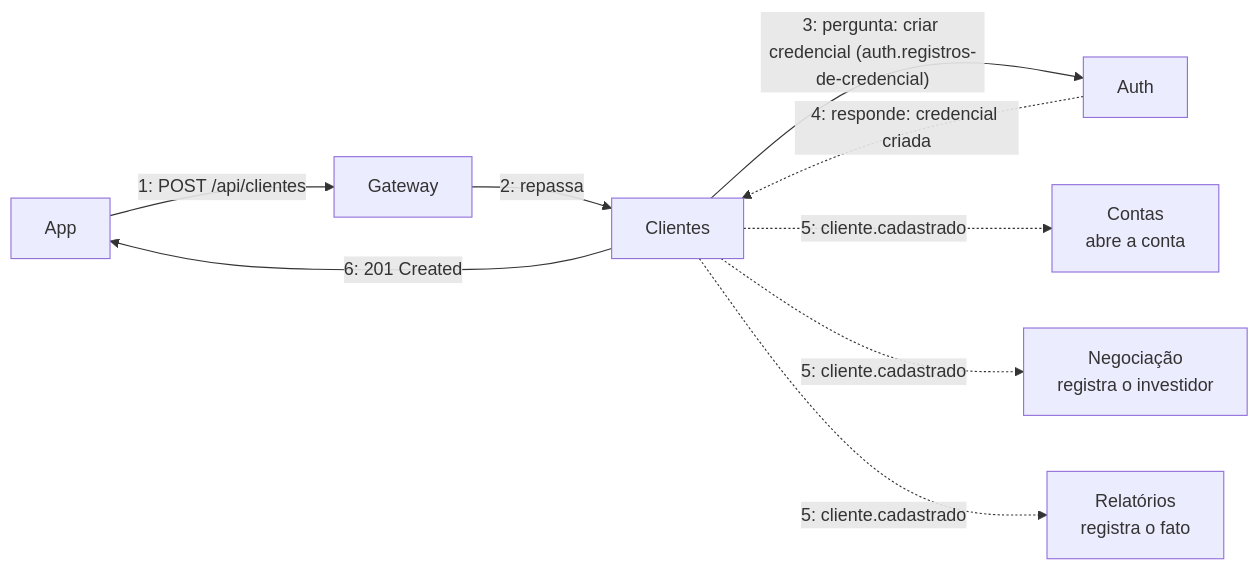
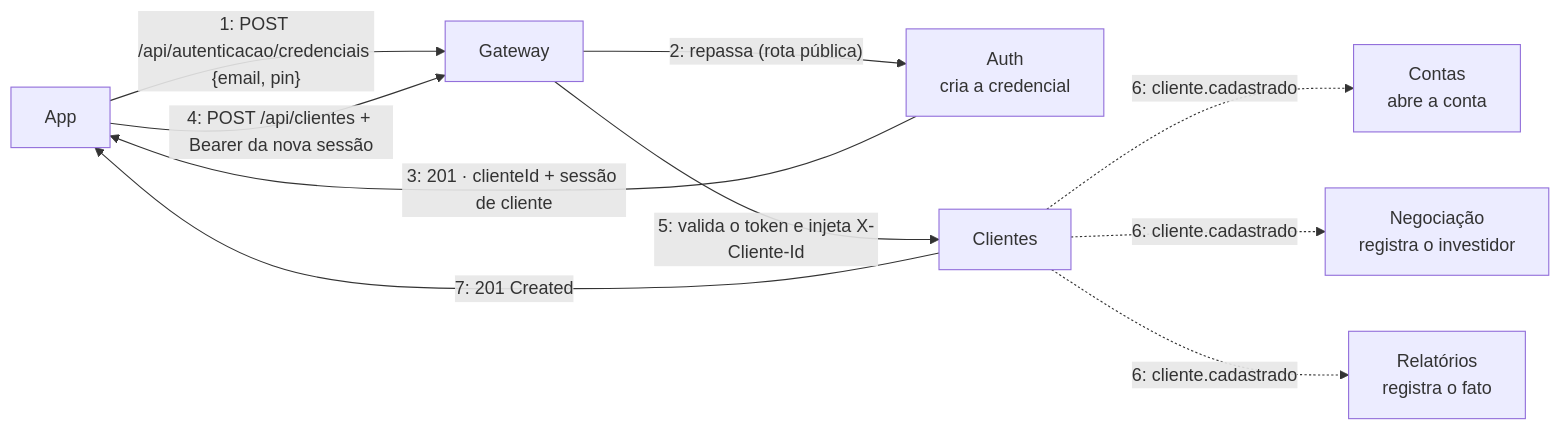
The fourth of 8 diagrams in docs/comunicacao.md (Endrigogustavo/OrbitaPay), drawn with Mermaid before and after one commit. The commit also changed other lines of this file and 53 other files, not shown here.

````diff
--- a/docs/comunicacao.md
+++ b/docs/comunicacao.md
@@ -117,11 +115,12 @@
 ```mermaid
 flowchart LR
-    APP["App"] -->|"1: POST /api/clientes"| GW["Gateway"]
-    GW -->|"2: repassa"| CLI["Clientes"]
-    CLI -->|"3: pergunta: criar credencial (auth.registros-de-credencial)"| AUT["Auth"]
-    AUT -.->|"4: responde: credencial criada"| CLI
-    CLI -.->|"5: cliente.cadastrado"| CON["Contas<br/>abre a conta"]
-    CLI -.->|"5: cliente.cadastrado"| NEG["Negociação<br/>registra o investidor"]
-    CLI -.->|"5: cliente.cadastrado"| REL["Relatórios<br/>registra o fato"]
-    CLI -->|"6: 201 Created"| APP
+    APP["App"] -->|"1: POST /api/autenticacao/credenciais {email, pin}"| GW["Gateway"]
+    GW -->|"2: repassa (rota pública)"| AUT["Auth<br/>cria a credencial"]
+    AUT -->|"3: 201 · clienteId + sessão de cliente"| APP
+    APP -->|"4: POST /api/clientes + Bearer da nova sessão"| GW
+    GW -->|"5: valida o token e injeta X-Cliente-Id"| CLI["Clientes"]
+    CLI -.->|"6: cliente.cadastrado"| CON["Contas<br/>abre a conta"]
+    CLI -.->|"6: cliente.cadastrado"| NEG["Negociação<br/>registra o investidor"]
+    CLI -.->|"6: cliente.cadastrado"| REL["Relatórios<br/>registra o fato"]
+    CLI -->|"7: 201 Created"| APP
 ```
````
